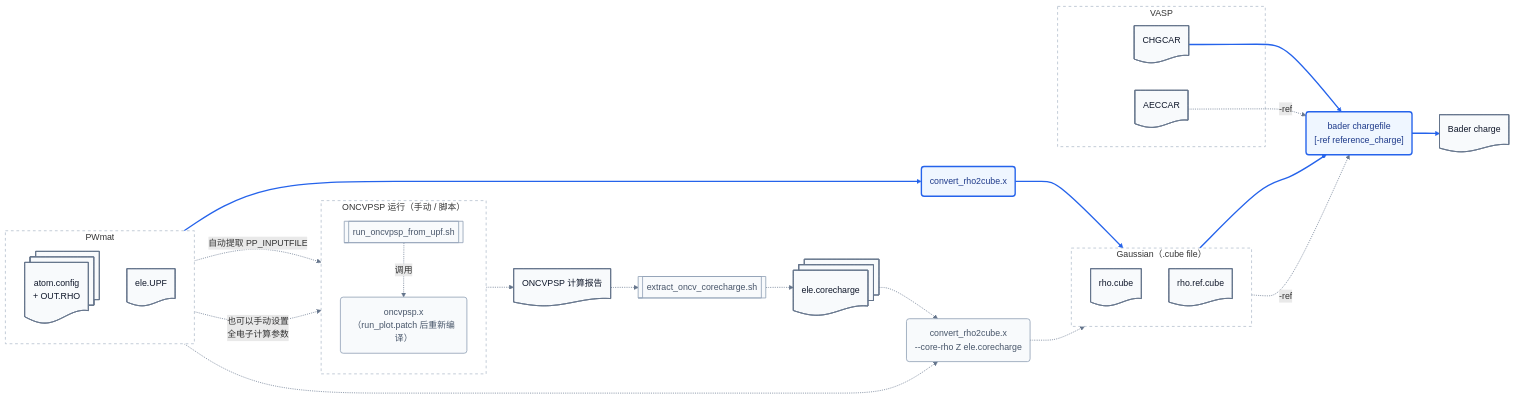
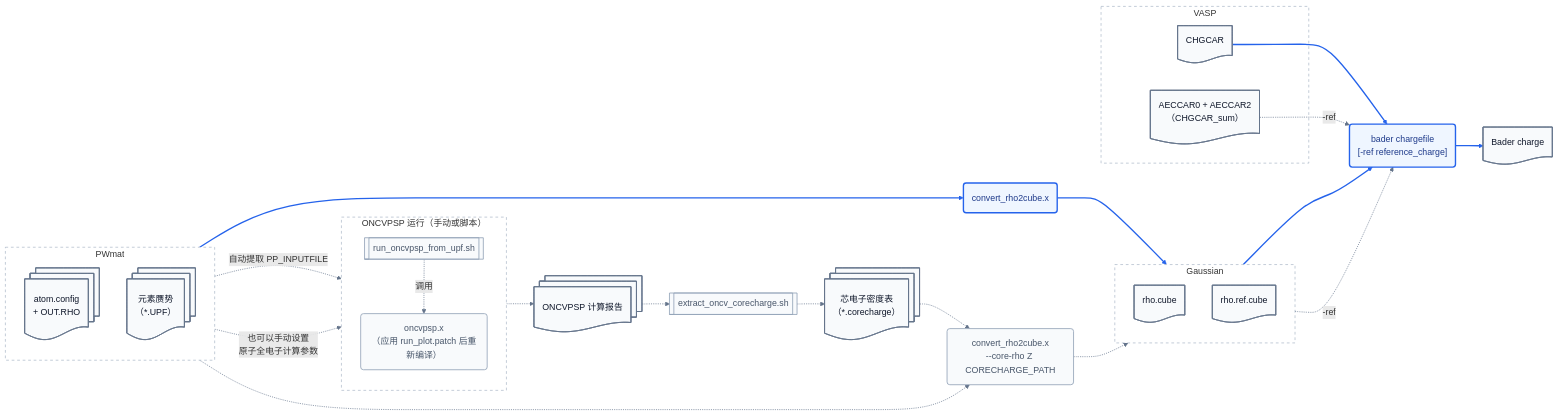
One commit to bzzlfd/bader-tools changed the diagram in docs/bader-reference-density.md. Above: the diagram before and after it, drawn with Mermaid. The commit also changed other lines of this file and 1 other file, not shown here.

````diff
--- a/docs/bader-reference-density.md
+++ b/docs/bader-reference-density.md
@@ -9,62 +9,60 @@
 ```mermaid
 flowchart LR
     subgraph pwmat["PWmat"]
         direction TB
         pwmat_inputs@{ shape: docs, label: "atom.config<br/>+ OUT.RHO" }
-        upf@{ shape: doc, label: "ele.UPF" }
+        upf@{ shape: docs, label: "元素赝势<br/>（*.UPF）" }
     end
 
-    subgraph gaussian["Gaussian（.cube file）"]
+    subgraph gaussian["Gaussian"]
         direction TB
         rho_cube@{ shape: doc, label: "rho.cube" }
         rho_ref_cube@{ shape: doc, label: "rho.ref.cube" }
     end
 
     subgraph vasp["VASP"]
         chgcar@{ shape: doc, label: "CHGCAR" }
-        aeccar@{ shape: doc, label: "AECCAR" }
+        aeccar@{ shape: doc, label: "AECCAR0 + AECCAR2<br/>（CHGCAR_sum）" }
     end
 
-    %% 此分组表示两种运行方式; UPF 分别直连脚本和 ONCVPSP 程序.
-    subgraph oncv_tools["ONCVPSP 运行（手动 / 脚本）"]
+    %% 此分组表示两种运行方式；UPF 分别连接脚本和 ONCVPSP 程序。
+    subgraph oncv_tools["ONCVPSP 运行（手动或脚本）"]
         direction TB
         run_oncv[["run_oncvpsp_from_upf.sh"]]
-        oncvpsp("oncvpsp.x<br/>（run_plot.patch 后重新编译）")
+        oncvpsp("oncvpsp.x<br/>（应用 run_plot.patch 后重新编译）")
     end
 
-    %% 节点分为三类: 文件（单张或叠层文档, Mermaid 11.3+）、主要程序（圆角矩形）、脚本（双竖线矩形）; 虚线框用于分组.
-    %% 普通操作: 转换待分析密度, 或直接读取 CHGCAR.
+    %% 基本操作：转换待分析密度，或直接读取 CHGCAR。
     pwmat_inputs --> convert_cube("convert_rho2cube.x")
     convert_cube --> rho_cube
     rho_cube --> bader("bader chargefile<br/>[-ref reference_charge]")
     chgcar --> bader
     bader --> charge@{ shape: doc, label: "Bader charge" }
 
-    %% Advance: VASP 使用 AECCAR; PWmat 由配套的 OUT.RHO、atom.config 与芯电荷表生成参考密度.
+    %% 参考密度流程：VASP 使用 CHGCAR_sum；PWmat 使用价电子密度与芯密度表。
     aeccar -.->|"-ref"| bader
-    %% 手动方式可独立准备输入; 脚本是自动准备输入并运行同一补丁版程序的可选捷径.
     upf -.->|"自动提取 PP_INPUTFILE"| run_oncv
-    upf -.->|"也可以手动设置<br/>全电子计算参数"| oncvpsp
+    upf -.->|"也可以手动设置<br/>原子全电子计算参数"| oncvpsp
     run_oncv -.->|"调用"| oncvpsp
-    oncvpsp -.-> oncv_report@{ shape: doc, label: "ONCVPSP 计算报告" }
+    oncvpsp -.-> oncv_report@{ shape: docs, label: "ONCVPSP 计算报告" }
     oncv_report -.-> extract_core[["extract_oncv_corecharge.sh"]]
-    extract_core -.-> corecharge@{ shape: docs, label: "ele.corecharge" }
-    pwmat_inputs -.-> convert_ref("convert_rho2cube.x<br/>--core-rho Z ele.corecharge")
+    extract_core -.-> corecharge@{ shape: docs, label: "芯电子密度表<br/>（*.corecharge）" }
+    pwmat_inputs -.-> convert_ref("convert_rho2cube.x<br/>--core-rho Z CORECHARGE_PATH")
     corecharge -.-> convert_ref
     convert_ref -.-> rho_ref_cube
     rho_ref_cube -.->|"-ref"| bader
 
-    %% 路线颜色表示操作层次; 所有文件统一使用中性样式.
+    %% 路线颜色表示操作层次；所有文件统一使用中性样式。
     classDef basic fill:#eff6ff,stroke:#2563eb,color:#1e3a8a,stroke-width:2.5px
     classDef advanced fill:#f8fafc,stroke:#94a3b8,color:#475569,stroke-width:1.5px
     classDef neutral fill:#f8fafc,stroke:#64748b,color:#0f172a,stroke-width:1.5px
     class convert_cube,bader basic
     class oncvpsp,run_oncv,extract_core,convert_ref advanced
     class pwmat_inputs,upf,rho_cube,rho_ref_cube,chgcar,aeccar,oncv_report,corecharge,charge neutral
     style pwmat fill:#ffffff,stroke:#94a3b8,stroke-dasharray:5 5
     style gaussian fill:#ffffff,stroke:#94a3b8,stroke-dasharray:5 5
     style vasp fill:#ffffff,stroke:#94a3b8,stroke-dasharray:5 5
     style oncv_tools fill:#ffffff,stroke:#94a3b8,stroke-dasharray:5 5
     linkStyle 0,1,2,3,4 stroke:#2563eb,stroke-width:2.5px
     linkStyle 5,6,7,8,9,10,11,12,13,14,15 stroke:#64748b,stroke-width:1.25px
 ```
````
